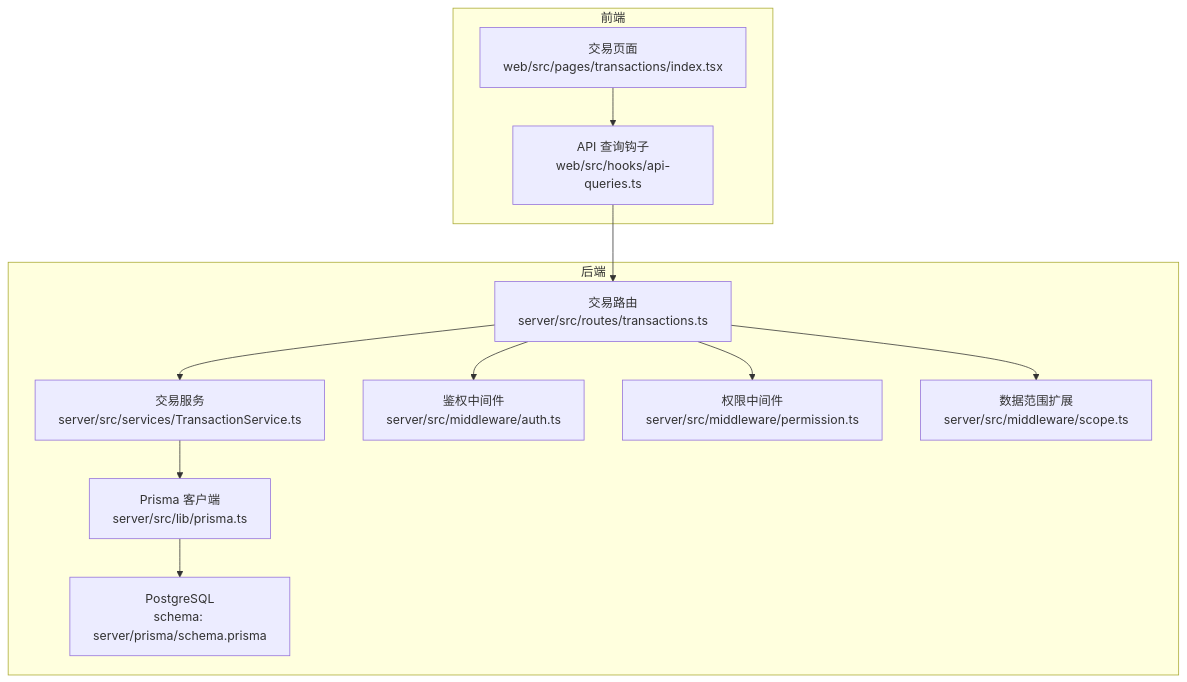
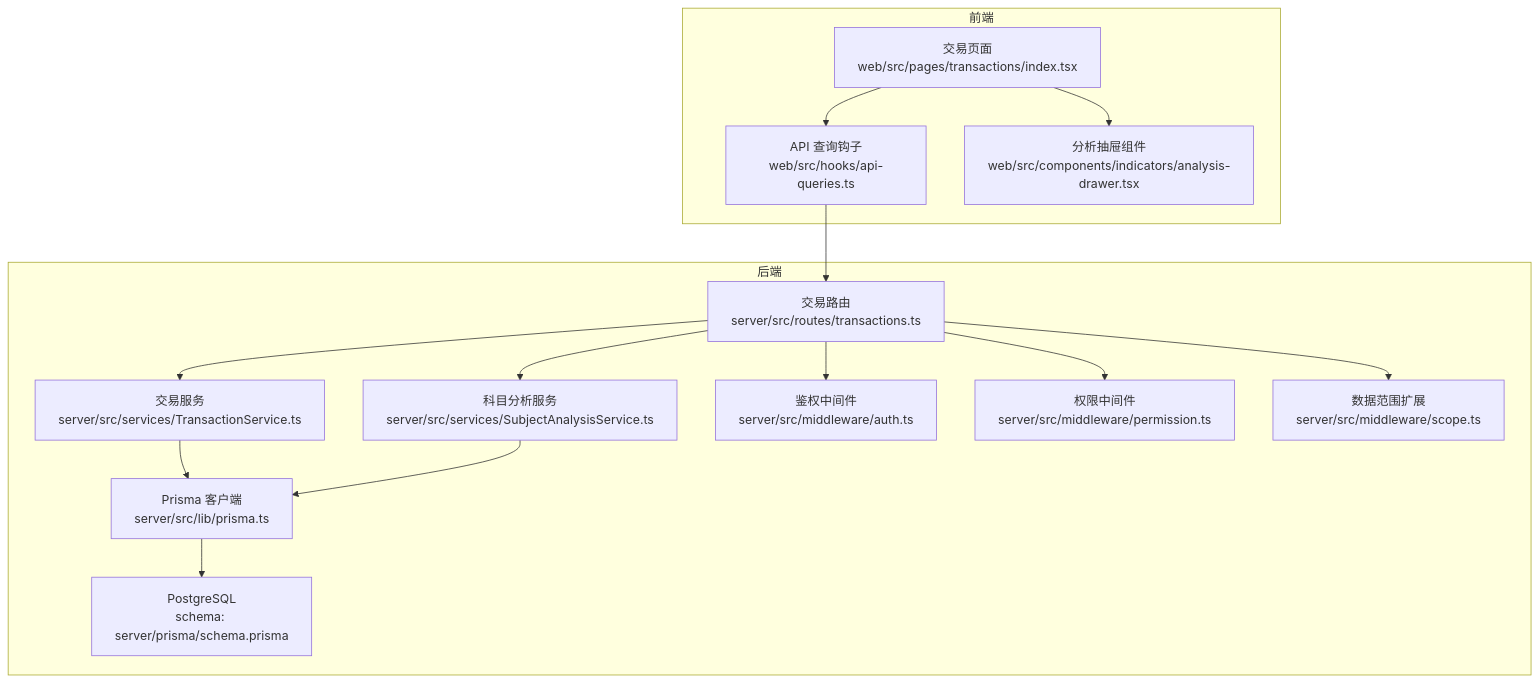
One commit to Damao997/newproject changed the first of 10 diagrams in .qoder/repowiki/zh/content/核心模块/交易分析模块.md. Above: the diagram before and after it, drawn with Mermaid. The commit also changed other lines of this file and 26 other files, not shown here.

````diff
--- a/.qoder/repowiki/zh/content/核心模块/交易分析模块.md
+++ b/.qoder/repowiki/zh/content/核心模块/交易分析模块.md
@@ -45,24 +48,29 @@
 ```mermaid
 graph TB
 subgraph "前端"
 FE_Page["交易页面<br/>web/src/pages/transactions/index.tsx"]
 FE_Hooks["API 查询钩子<br/>web/src/hooks/api-queries.ts"]
+FE_Drawer["分析抽屉组件<br/>web/src/components/indicators/analysis-drawer.tsx"]
 end
 subgraph "后端"
 BE_Route["交易路由<br/>server/src/routes/transactions.ts"]
 BE_Service["交易服务<br/>server/src/services/TransactionService.ts"]
+BE_SubjectSvc["科目分析服务<br/>server/src/services/SubjectAnalysisService.ts"]
 BE_MW_Auth["鉴权中间件<br/>server/src/middleware/auth.ts"]
 BE_MW_Permission["权限中间件<br/>server/src/middleware/permission.ts"]
 BE_MW_Scope["数据范围扩展<br/>server/src/middleware/scope.ts"]
 BE_Prisma["Prisma 客户端<br/>server/src/lib/prisma.ts"]
 DB["PostgreSQL<br/>schema: server/prisma/schema.prisma"]
 end
 FE_Page --> FE_Hooks
+FE_Page --> FE_Drawer
 FE_Hooks --> BE_Route
 BE_Route --> BE_MW_Auth
 BE_Route --> BE_MW_Permission
 BE_Route --> BE_MW_Scope
 BE_Route --> BE_Service
+BE_Route --> BE_SubjectSvc
 BE_Service --> BE_Prisma
+BE_SubjectSvc --> BE_Prisma
 BE_Prisma --> DB
 ```
````
